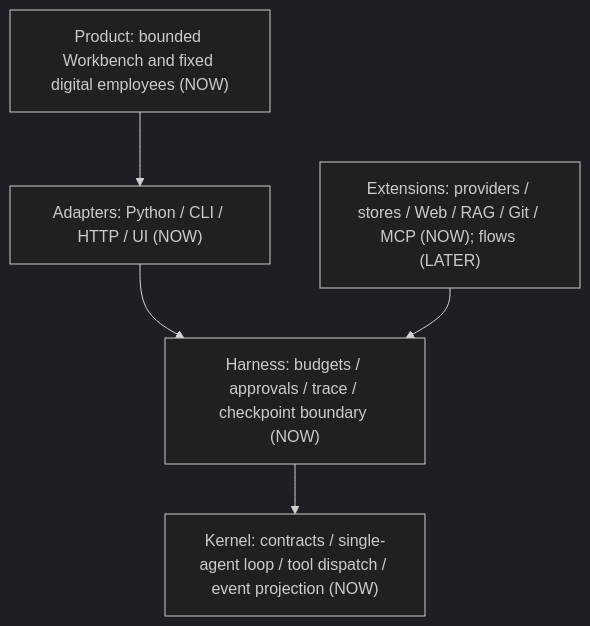
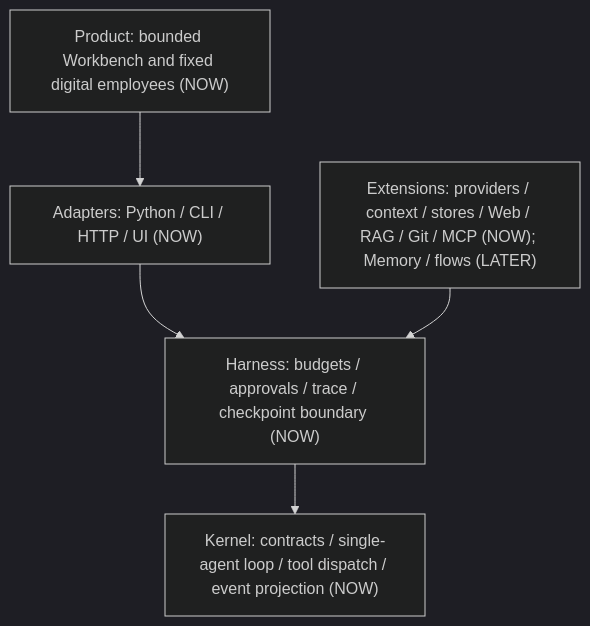
The diagram in docs/FOUNDATION.md (syusama/sasori), drawn with Mermaid (dark theme) before and after one commit. The commit also changed other lines of this file and 18 other files, not shown here.

````diff
--- a/docs/FOUNDATION.md
+++ b/docs/FOUNDATION.md
@@ -48,12 +48,12 @@
 ```mermaid
 flowchart TB
     P["Product: bounded Workbench and fixed digital employees (NOW)"]
     A["Adapters: Python / CLI / HTTP / UI (NOW)"]
-    X["Extensions: providers / stores / Web / RAG / Git / MCP (NOW); flows (LATER)"]
+    X["Extensions: providers / context / stores / Web / RAG / Git / MCP (NOW); Memory / flows (LATER)"]
     H["Harness: budgets / approvals / trace / checkpoint boundary (NOW)"]
     K["Kernel: contracts / single-agent loop / tool dispatch / event projection (NOW)"]
     P --> A
     A --> H
     X --> H
     H --> K
 ```
````
